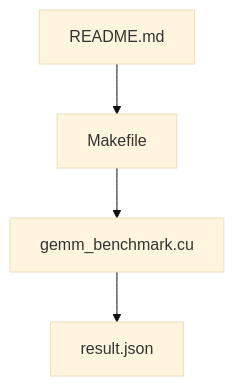
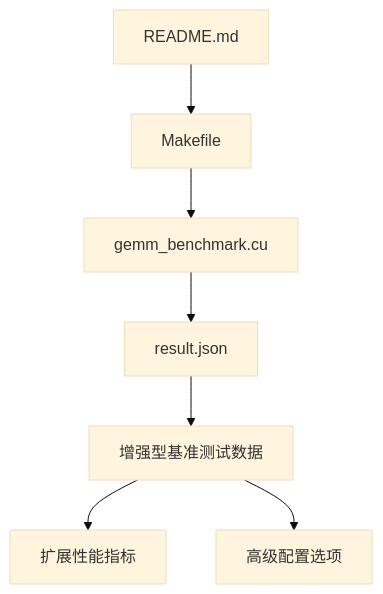
The first of 4 diagrams in .qoder/repowiki/zh/content/技术实现/结果输出格式.md (Bitllion/gemm_benchmark), drawn with Mermaid (base theme) before and after one commit. The commit also changed other lines of this file and 5 other files, not shown here.

````diff
--- a/.qoder/repowiki/zh/content/技术实现/结果输出格式.md
+++ b/.qoder/repowiki/zh/content/技术实现/结果输出格式.md
@@ -36,6 +44,9 @@
 ```mermaid
 graph TB
 A["README.md"] --> B["Makefile"]
 B --> C["gemm_benchmark.cu"]
 C --> D["result.json"]
+D --> E["增强型基准测试数据"]
+E --> F["扩展性能指标"]
+E --> G["高级配置选项"]
 ```
````
